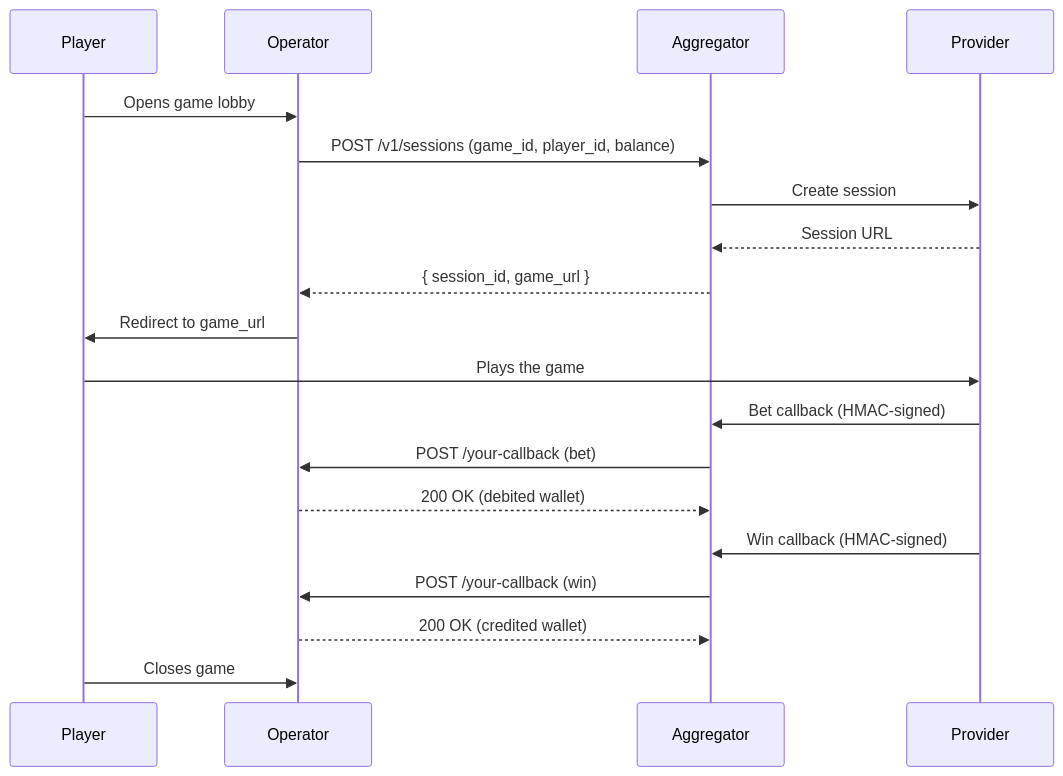
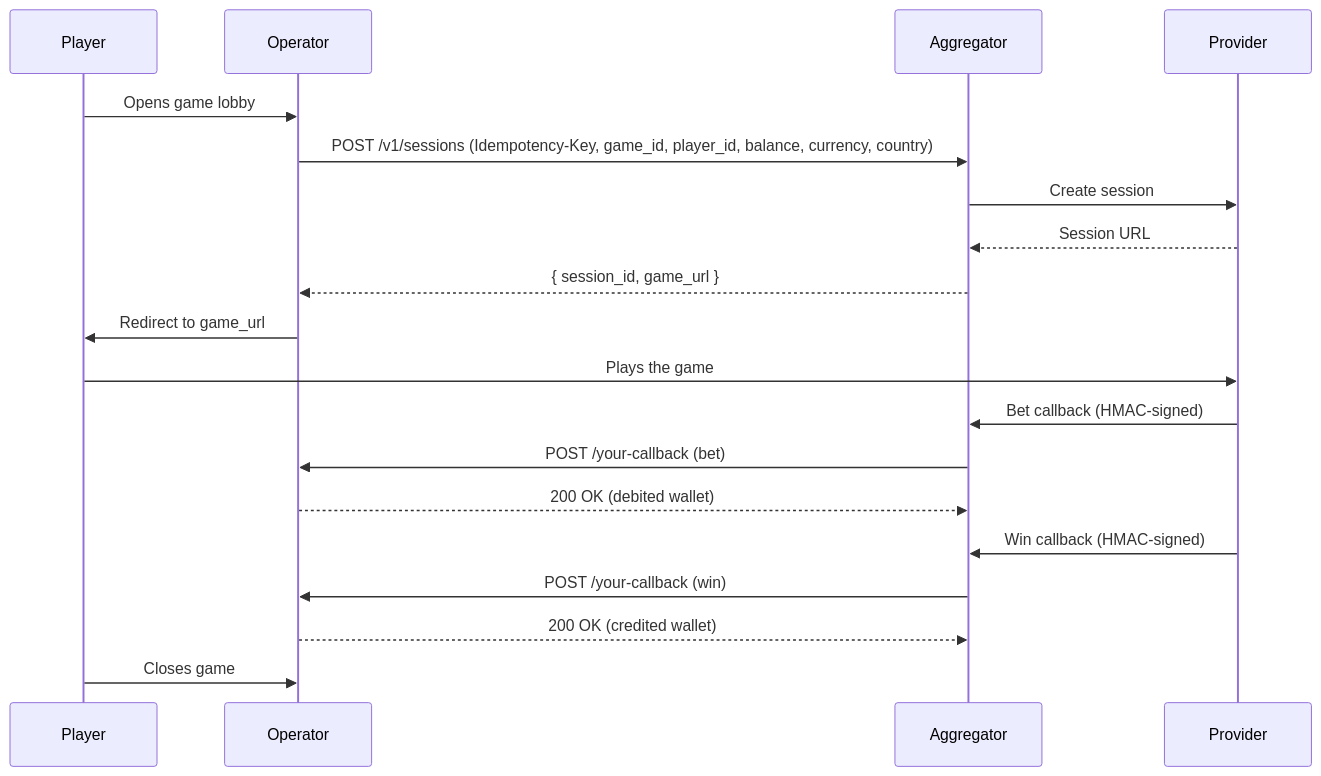
One commit to aggregator-gg/docs changed the diagram in src/content/docs/get-started/how-a-round-works.mdx. Above: the diagram before and after it, drawn with Mermaid. The commit also changed other lines of this file and 12 other files, not shown here.

````diff
--- a/src/content/docs/get-started/how-a-round-works.mdx
+++ b/src/content/docs/get-started/how-a-round-works.mdx
@@ -12,22 +12,22 @@
 ```mermaid
 sequenceDiagram
     participant Player
     participant Operator
     participant Aggregator
     participant Provider
 
     Player->>Operator: Opens game lobby
-    Operator->>Aggregator: POST /v1/sessions (game_id, player_id, balance)
+    Operator->>Aggregator: POST /v1/sessions (Idempotency-Key, game_id, player_id, balance, currency, country)
     Aggregator->>Provider: Create session
     Provider-->>Aggregator: Session URL
     Aggregator-->>Operator: { session_id, game_url }
     Operator->>Player: Redirect to game_url
     Player->>Provider: Plays the game
     Provider->>Aggregator: Bet callback (HMAC-signed)
     Aggregator->>Operator: POST /your-callback (bet)
     Operator-->>Aggregator: 200 OK (debited wallet)
     Provider->>Aggregator: Win callback (HMAC-signed)
     Aggregator->>Operator: POST /your-callback (win)
     Operator-->>Aggregator: 200 OK (credited wallet)
     Player->>Operator: Closes game
 ```
````
